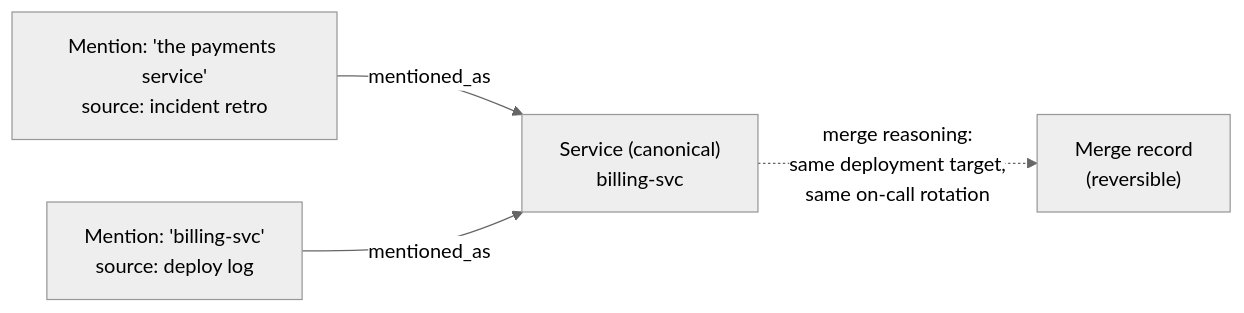
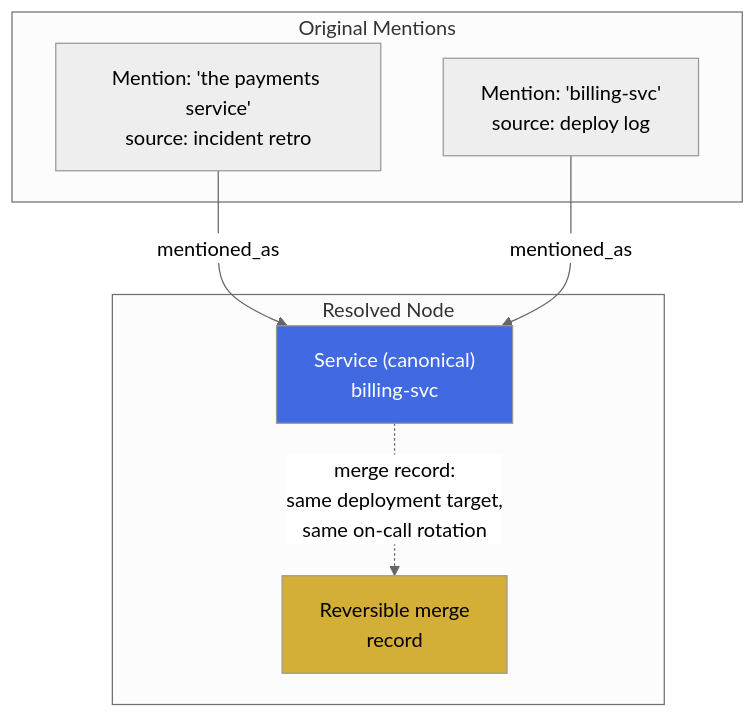
One commit to ayeshakhalid192007-dev/graph-engineering-crash-course changed the diagram in docs/05-part-3-the-graph-of-facts/step-7-resolution-merging-without-losing-the-evidence.md. Above: the diagram before and after it, drawn with Mermaid (neutral theme). The commit also changed other lines of this file and 17 other files, not shown here.

First line of the commit message:
Add Mermaid diagrams to core documentation files

````diff
--- a/docs/05-part-3-the-graph-of-facts/step-7-resolution-merging-without-losing-the-evidence.md
+++ b/docs/05-part-3-the-graph-of-facts/step-7-resolution-merging-without-losing-the-evidence.md
@@ -40,6 +40,17 @@
 ```mermaid
-flowchart LR
-    M1["Mention: 'the payments service'<br/>source: incident retro"] -- "mentioned_as" --> Svc["Service (canonical)<br/>billing-svc"]
-    M2["Mention: 'billing-svc'<br/>source: deploy log"] -- "mentioned_as" --> Svc
-    Svc -. "merge reasoning:<br/>same deployment target,<br/>same on-call rotation" .-> Rec["Merge record<br/>(reversible)"]
+flowchart TB
+    subgraph "Original Mentions"
+        M1["Mention: 'the payments service'<br/>source: incident retro"]
+        M2["Mention: 'billing-svc'<br/>source: deploy log"]
+    end
+
+    subgraph "Resolved Node"
+        Svc["Service (canonical)<br/>billing-svc"]
+        M1 -- "mentioned_as" --> Svc
+        M2 -- "mentioned_as" --> Svc
+        Svc -. "merge record:<br/>same deployment target,<br/>same on-call rotation" .-> Rec["Reversible merge<br/>record"]
+    end
+
+    style Svc fill:#4169E1,color:#FFFFFF
+    style Rec fill:#D4AF37,color:#000000
 ```
````
